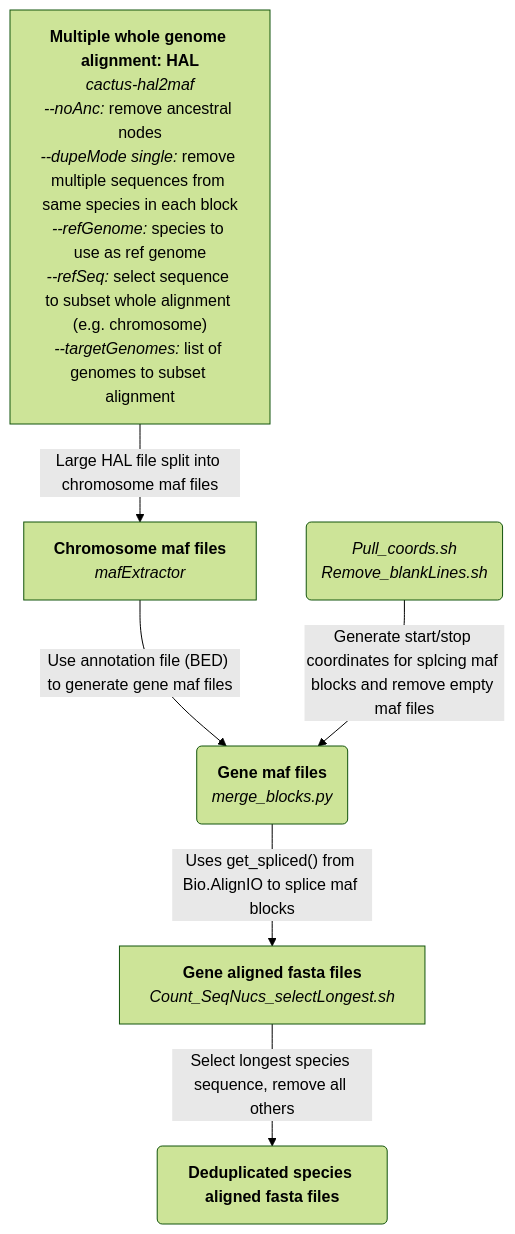
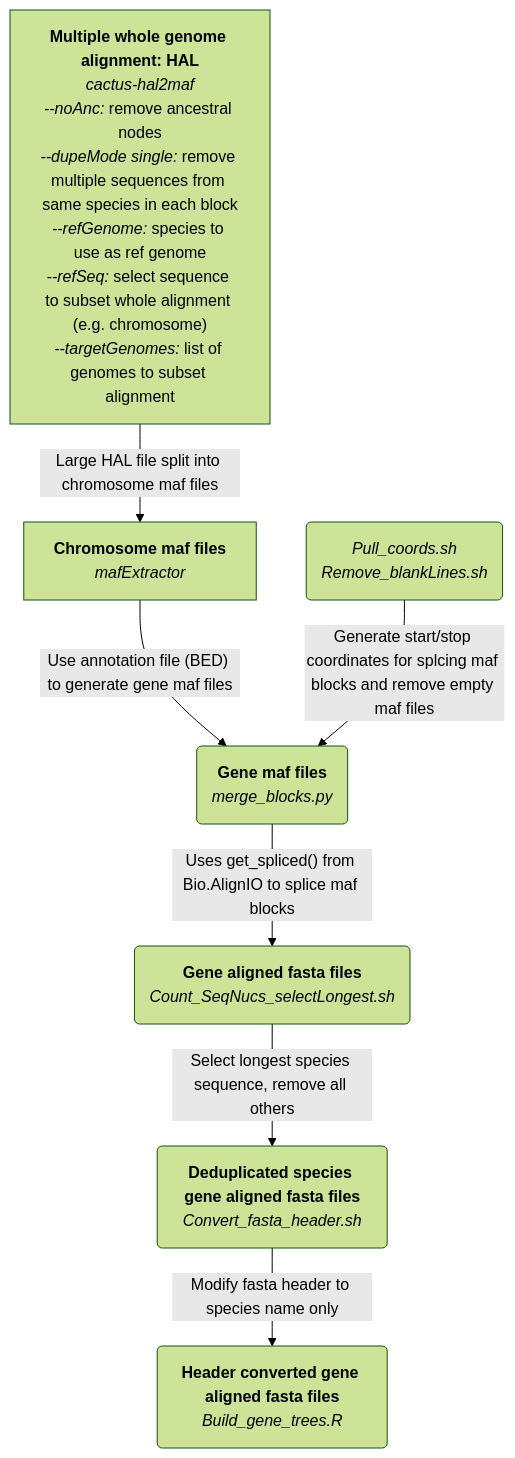
Before and after one commit to mileswhedbee/RERconverge_pipeline: the diagram in README.md, drawn with Mermaid (forest theme).

````diff
--- a/README.md
+++ b/README.md
@@ -6,18 +6,21 @@
 ```mermaid
 graph TD;
     A["`**Multiple whole genome alignment: HAL**
        _cactus-hal2maf_
        _--noAnc:_ remove ancestral nodes
        _--dupeMode single:_ remove multiple sequences from same species in each block
        _--refGenome:_ species to use as ref genome
        _--refSeq:_ select sequence to subset whole alignment (e.g. chromosome)
        _--targetGenomes:_ list of genomes to subset alignment`"]--Large HAL file split into chromosome maf files-->B["`**Chromosome maf files**
        _mafExtractor_`"];
     B--Use annotation file (BED) to generate gene maf files-->C("`**Gene maf files**
-       _merge_blocks.py_`");
-    C--Uses get_spliced() from Bio.AlignIO to splice maf blocks-->D["`**Gene aligned fasta files**
-                                                                      _Count_SeqNucs_selectLongest.sh_`"];
+                                                                  _merge_blocks.py_`");
+    C--Uses get_spliced() from Bio.AlignIO to splice maf blocks-->D("`**Gene aligned fasta files**
+                                                                      _Count_SeqNucs_selectLongest.sh_`");
     E("`_Pull_coords.sh_
         _Remove_blankLines.sh_`")--Generate start/stop coordinates for splcing maf blocks and remove empty maf files-->C;
-    D--Select longest species sequence, remove all others-->F("`**Deduplicated species aligned fasta files**`")
+    D--Select longest species sequence, remove all others-->F("`**Deduplicated species gene aligned fasta files**
+                                                                _Convert_fasta_header.sh_`")
+    F--Modify fasta header to species name only-->G("`**Header converted gene aligned fasta files**
+                                                      _Build_gene_trees.R_`")
 ```
````
